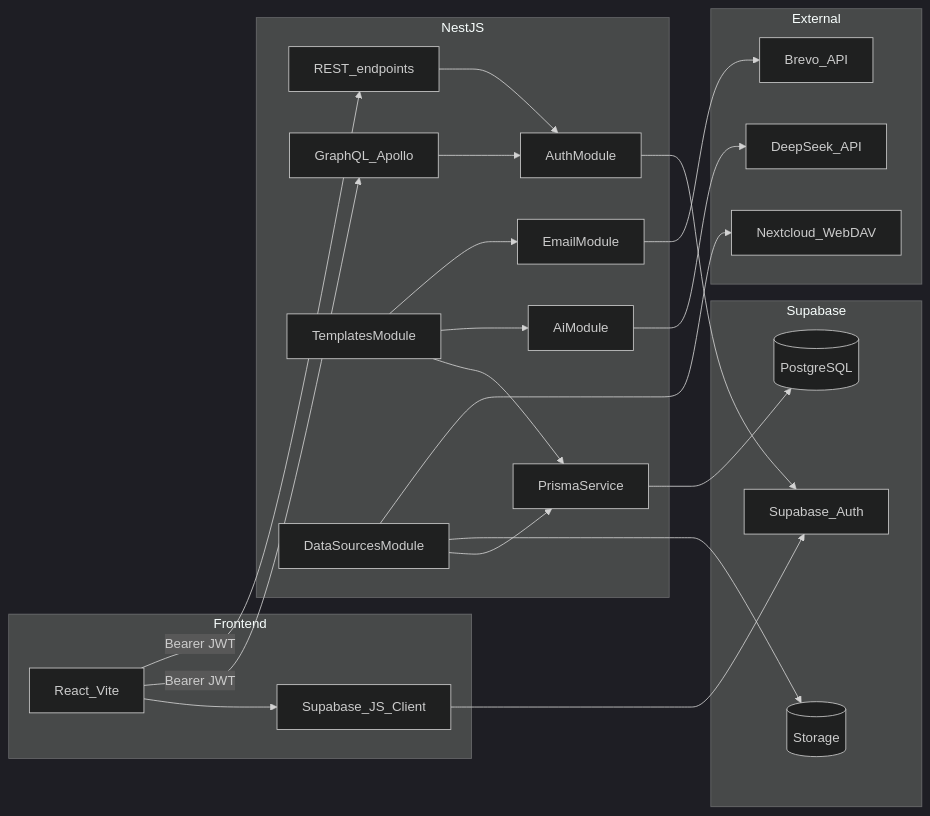
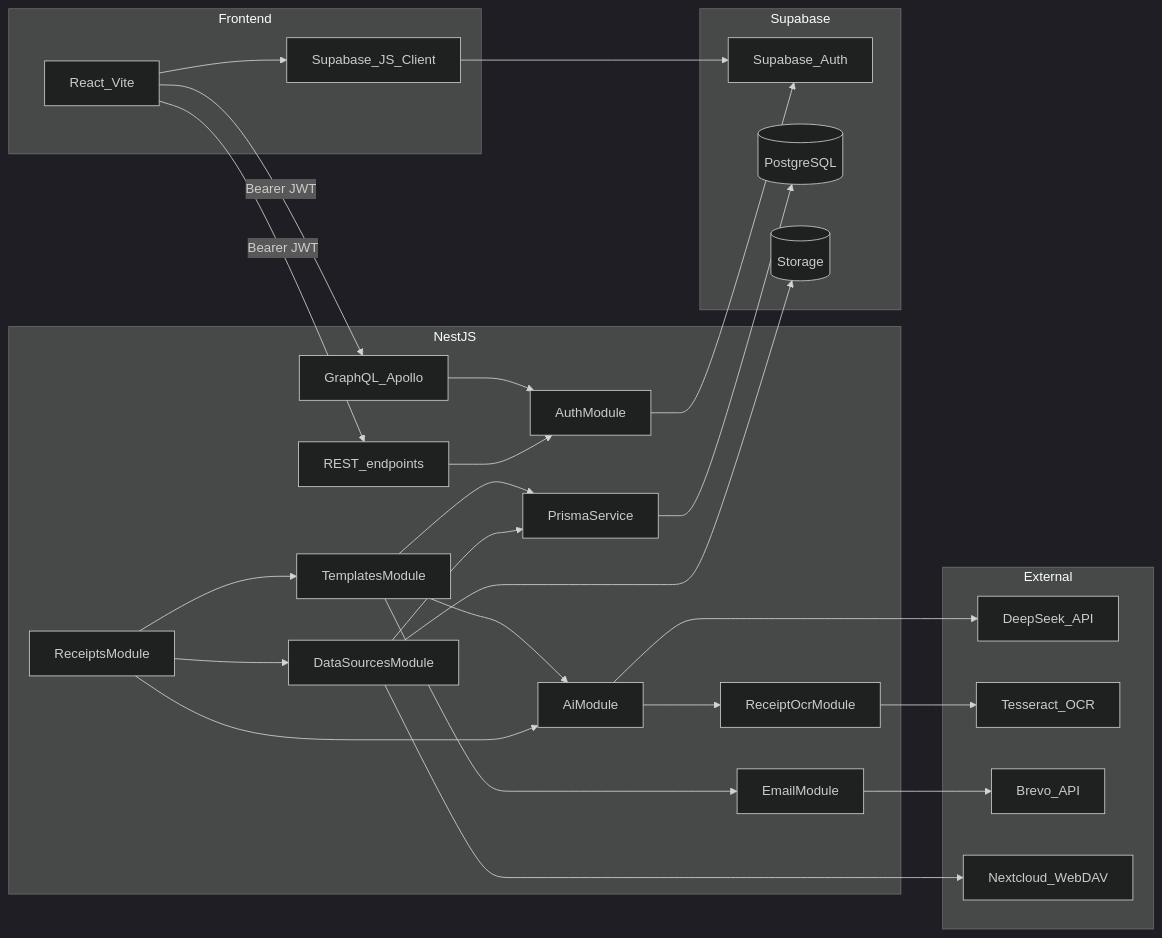
One commit to PatrykS-ORG/expenses-tracking-backend changed the diagram in docs/architecture.md. Above: the diagram before and after it, drawn with Mermaid (dark theme). The commit also changed other lines of this file and 5 other files, not shown here.

````diff
--- a/docs/architecture.md
+++ b/docs/architecture.md
@@ -17,44 +18,52 @@
 ```mermaid
 flowchart LR
   subgraph frontend [Frontend]
     React[React_Vite]
     SupaClient[Supabase_JS_Client]
   end
   subgraph backend [NestJS]
     GQL[GraphQL_Apollo]
     REST[REST_endpoints]
     AuthMod[AuthModule]
     TemplatesMod[TemplatesModule]
     DataSourcesMod[DataSourcesModule]
     EmailMod[EmailModule]
     AiMod[AiModule]
+    ReceiptsMod[ReceiptsModule]
+    OcrMod[ReceiptOcrModule]
     PrismaSvc[PrismaService]
   end
   subgraph supabase [Supabase]
     SupaAuth[Supabase_Auth]
     Postgres[(PostgreSQL)]
     Storage[(Storage)]
   end
   subgraph external [External]
     DeepSeek[DeepSeek_API]
+    Tesseract[Tesseract_OCR]
     Brevo[Brevo_API]
     Nextcloud[Nextcloud_WebDAV]
   end
 
   React --> SupaClient
   SupaClient --> SupaAuth
   React -->|"Bearer JWT"| GQL
   React -->|"Bearer JWT"| REST
   GQL --> AuthMod
   REST --> AuthMod
   AuthMod --> SupaAuth
   TemplatesMod --> PrismaSvc
   TemplatesMod --> AiMod
   TemplatesMod --> EmailMod
   DataSourcesMod --> PrismaSvc
   DataSourcesMod --> Storage
   DataSourcesMod --> Nextcloud
+  ReceiptsMod --> AiMod
+  ReceiptsMod --> DataSourcesMod
+  ReceiptsMod --> TemplatesMod
+  AiMod --> OcrMod
   AiMod --> DeepSeek
+  OcrMod --> Tesseract
   EmailMod --> Brevo
   PrismaSvc --> Postgres
 ```
````
